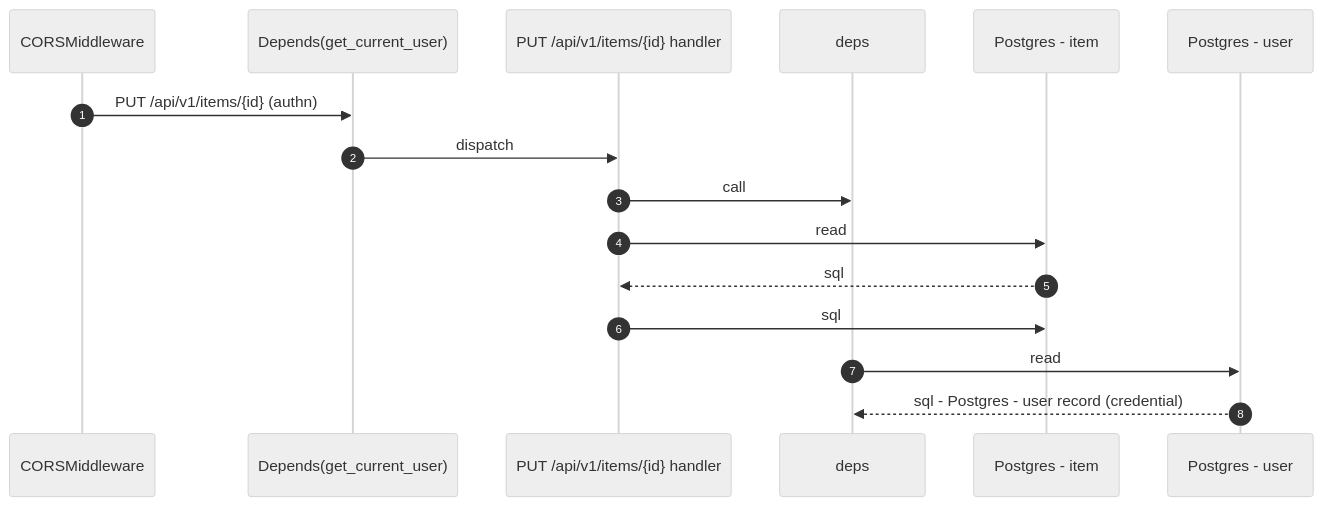
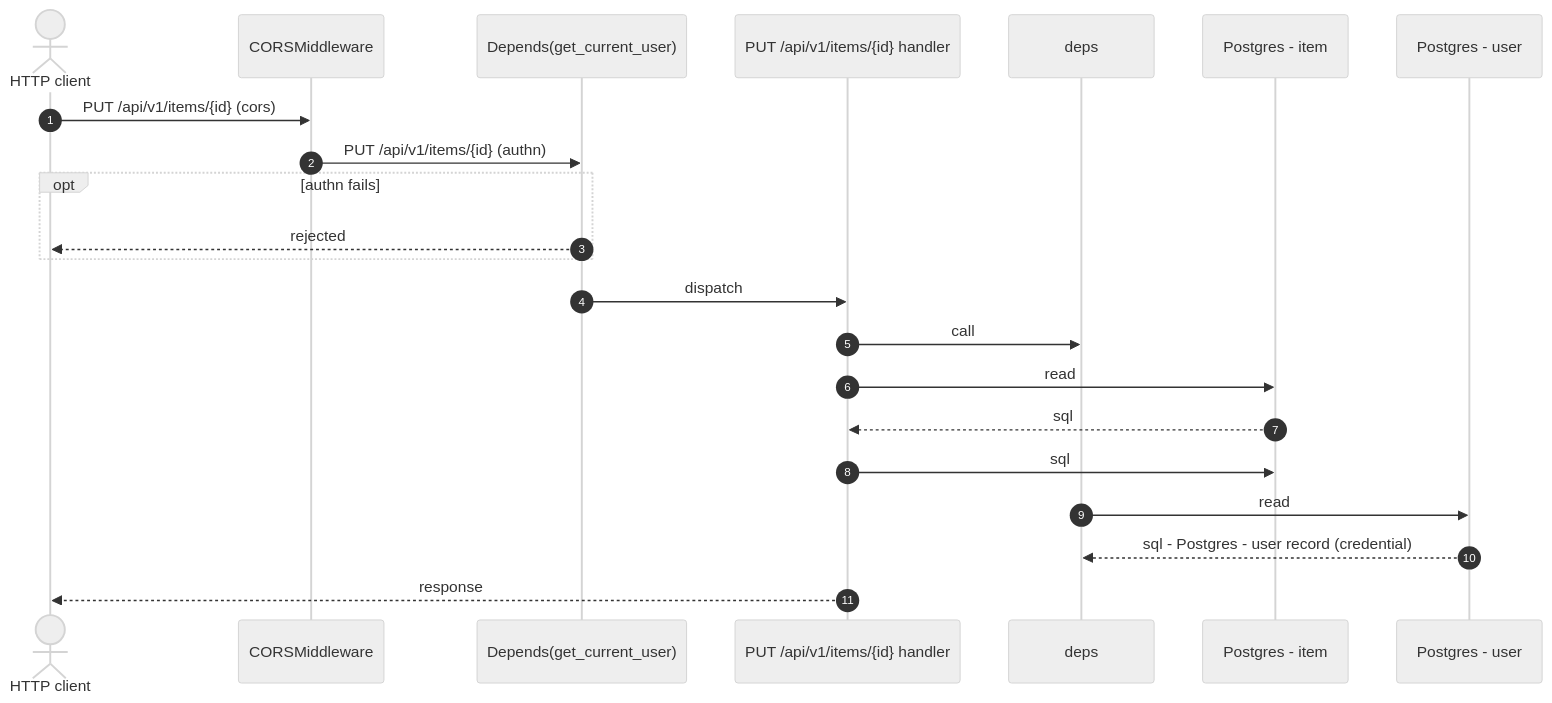
The diagram in evaluation/fastapi-full-stack/diagrams/flow-4vhwj4kh6h.mmd (AskShri/code2designmapping), drawn with Mermaid (neutral theme) before and after one commit. The commit also changed 164 other files, not shown here.

```diff
--- a/evaluation/fastapi-full-stack/diagrams/flow-4vhwj4kh6h.mmd
+++ b/evaluation/fastapi-full-stack/diagrams/flow-4vhwj4kh6h.mmd
@@ -1,17 +1,23 @@
 %% Control flow: PUT /api/v1/items/{id}
 sequenceDiagram
   autonumber
+  actor ext_sga4qktkap as HTTP client
   participant ctl_wd5aciiryx as CORSMiddleware
   participant ctl_7iwajdwngb as Depends(get_current_user)
   participant proc_zeiy7nrq77 as PUT /api/v1/items/{id} handler
   participant proc_y2oca677vj as deps
   participant store_qxjued45lx as Postgres - item
   participant store_tvae56uepz as Postgres - user
+  ext_sga4qktkap->>ctl_wd5aciiryx: PUT /api/v1/items/{id} (cors)
   ctl_wd5aciiryx->>ctl_7iwajdwngb: PUT /api/v1/items/{id} (authn)
+  opt authn fails
+    ctl_7iwajdwngb-->>ext_sga4qktkap: rejected
+  end
   ctl_7iwajdwngb->>proc_zeiy7nrq77: dispatch
   proc_zeiy7nrq77->>proc_y2oca677vj: call
   proc_zeiy7nrq77->>store_qxjued45lx: read
   store_qxjued45lx-->>proc_zeiy7nrq77: sql
   proc_zeiy7nrq77->>store_qxjued45lx: sql
   proc_y2oca677vj->>store_tvae56uepz: read
   store_tvae56uepz-->>proc_y2oca677vj: sql - Postgres - user record (credential)
+  proc_zeiy7nrq77-->>ext_sga4qktkap: response
```
